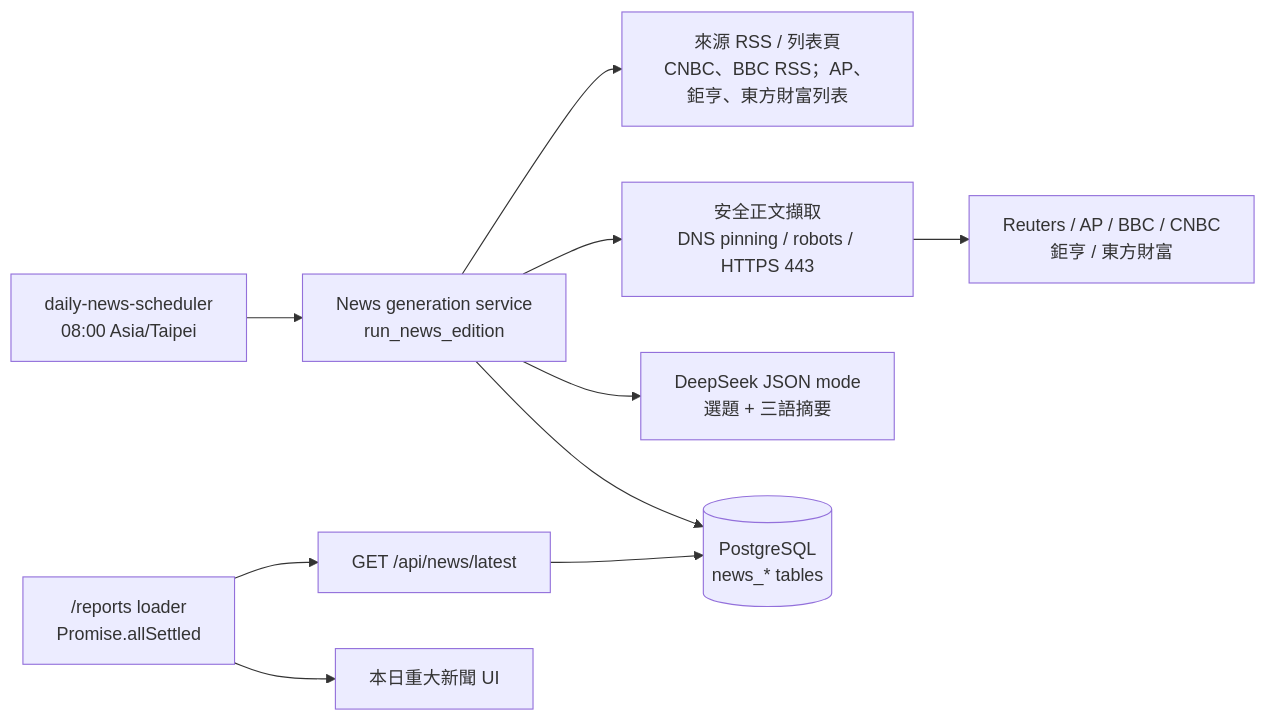
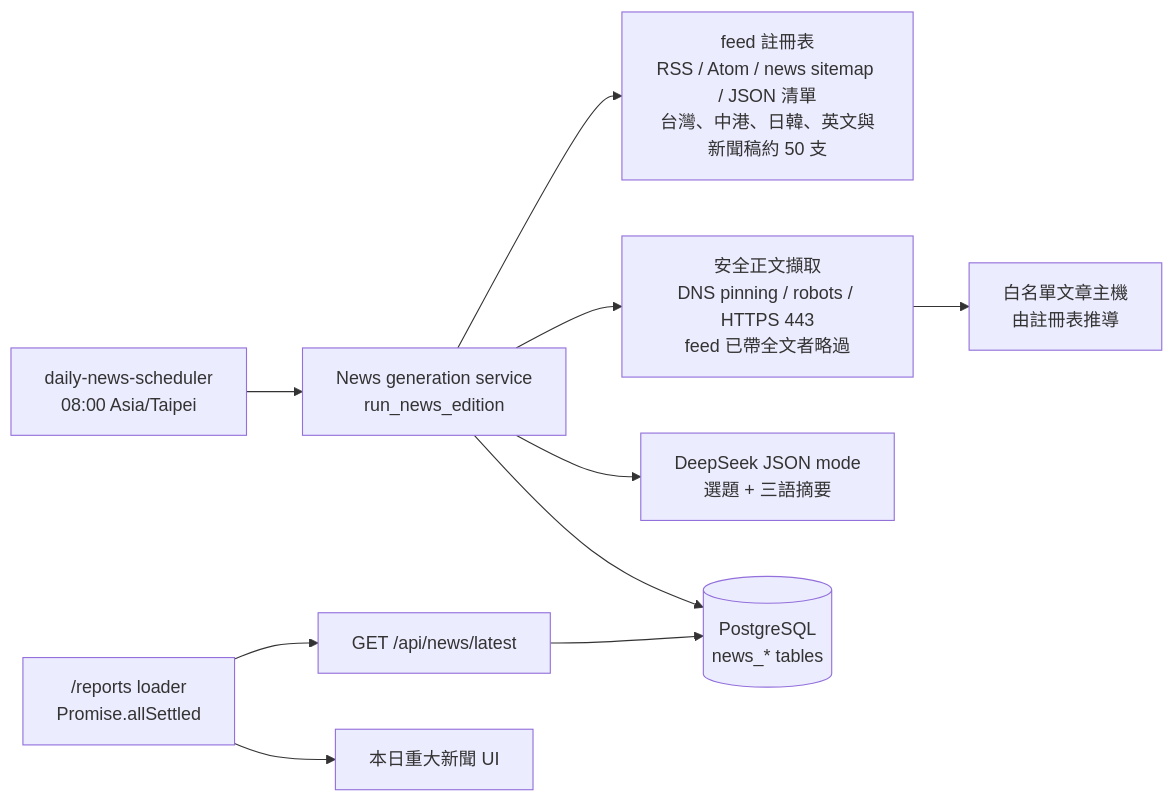
One commit to FPI-TW/daily-insights changed the diagram in docs/architecture/daily-news.md. Above: the diagram before and after it, drawn with Mermaid. The commit also changed other lines of this file and 21 other files, not shown here.

````diff
--- a/docs/architecture/daily-news.md
+++ b/docs/architecture/daily-news.md
@@ -23,12 +24,12 @@
 ```mermaid
 flowchart LR
     S["daily-news-scheduler<br/>08:00 Asia/Taipei"] --> G["News generation service<br/>run_news_edition"]
-    G --> F["來源 RSS / 列表頁<br/>CNBC、BBC RSS；AP、鉅亨、東方財富列表"]
-    G --> X["安全正文擷取<br/>DNS pinning / robots / HTTPS 443"]
-    X --> W["Reuters / AP / BBC / CNBC<br/>鉅亨 / 東方財富"]
+    G --> F["feed 註冊表<br/>RSS / Atom / news sitemap / JSON 清單<br/>台灣、中港、日韓、英文與新聞稿約 50 支"]
+    G --> X["安全正文擷取<br/>DNS pinning / robots / HTTPS 443<br/>feed 已帶全文者略過"]
+    X --> W["白名單文章主機<br/>由註冊表推導"]
     G --> L["DeepSeek JSON mode<br/>選題 + 三語摘要"]
     G --> P[("PostgreSQL<br/>news_* tables")]
     R["/reports loader<br/>Promise.allSettled"] --> A["GET /api/news/latest"]
     A --> P
     R --> U["本日重大新聞 UI"]
 ```
````
